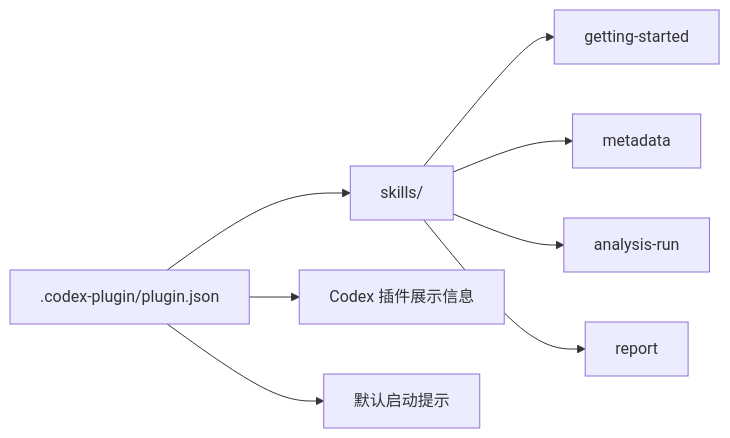
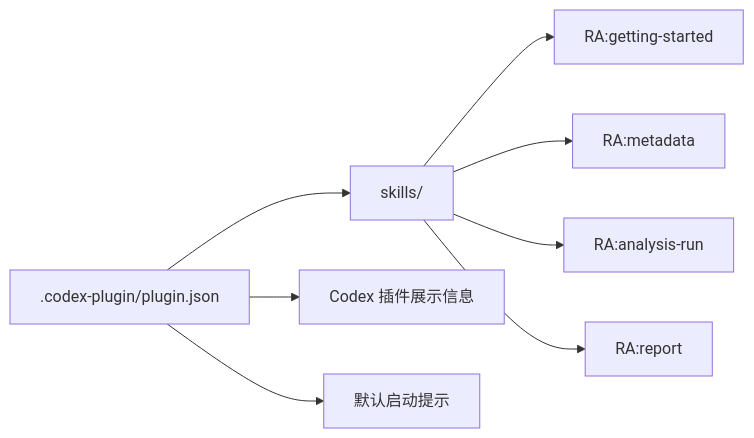
One commit to dabaige53/RealAnalyst changed the diagram in .codex-plugin/README.md. Above: the diagram before and after it, drawn with Mermaid. The commit also changed 49 other files, not shown here.

````diff
--- a/.codex-plugin/README.md
+++ b/.codex-plugin/README.md
@@ -17,10 +17,10 @@
 ```mermaid
 flowchart LR
     P[.codex-plugin/plugin.json] --> S[skills/]
-    S --> GS[getting-started]
-    S --> M[metadata]
-    S --> AR[analysis-run]
-    S --> R[report]
+    S --> GS[RA:getting-started]
+    S --> M[RA:metadata]
+    S --> AR[RA:analysis-run]
+    S --> R[RA:report]
     P --> UI[Codex 插件展示信息]
     P --> Prompt[默认启动提示]
 ```
````
